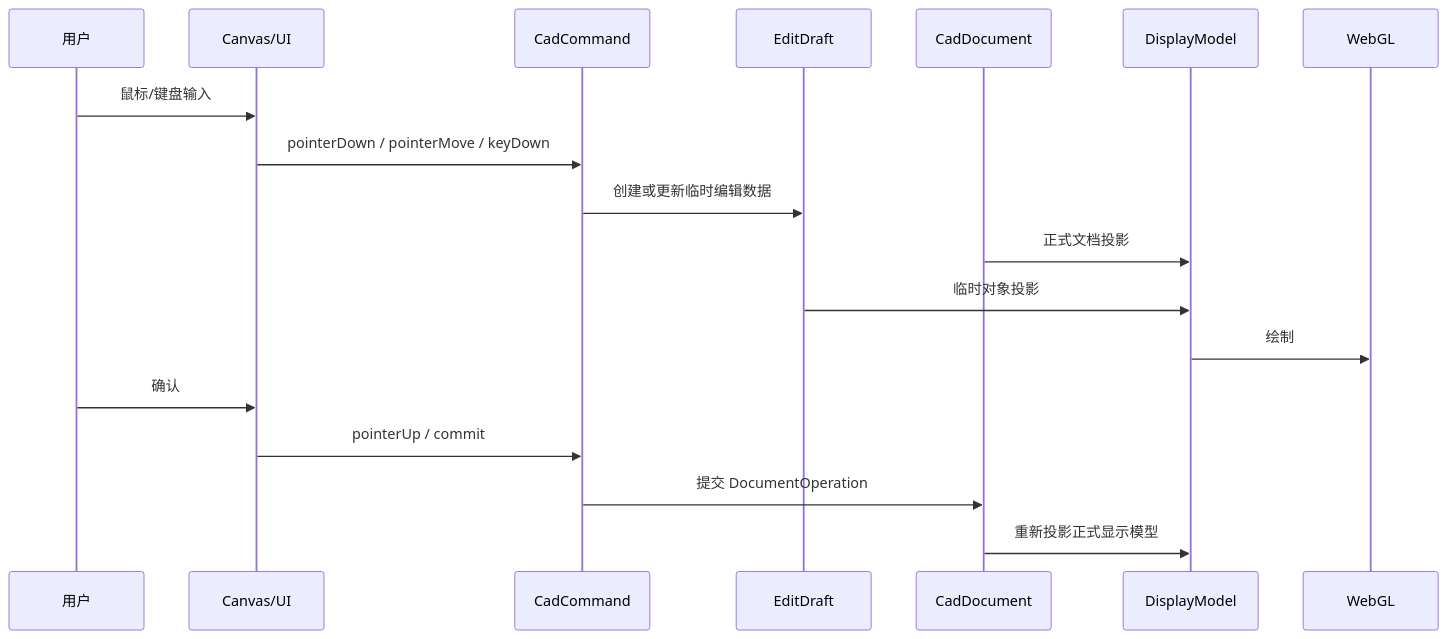
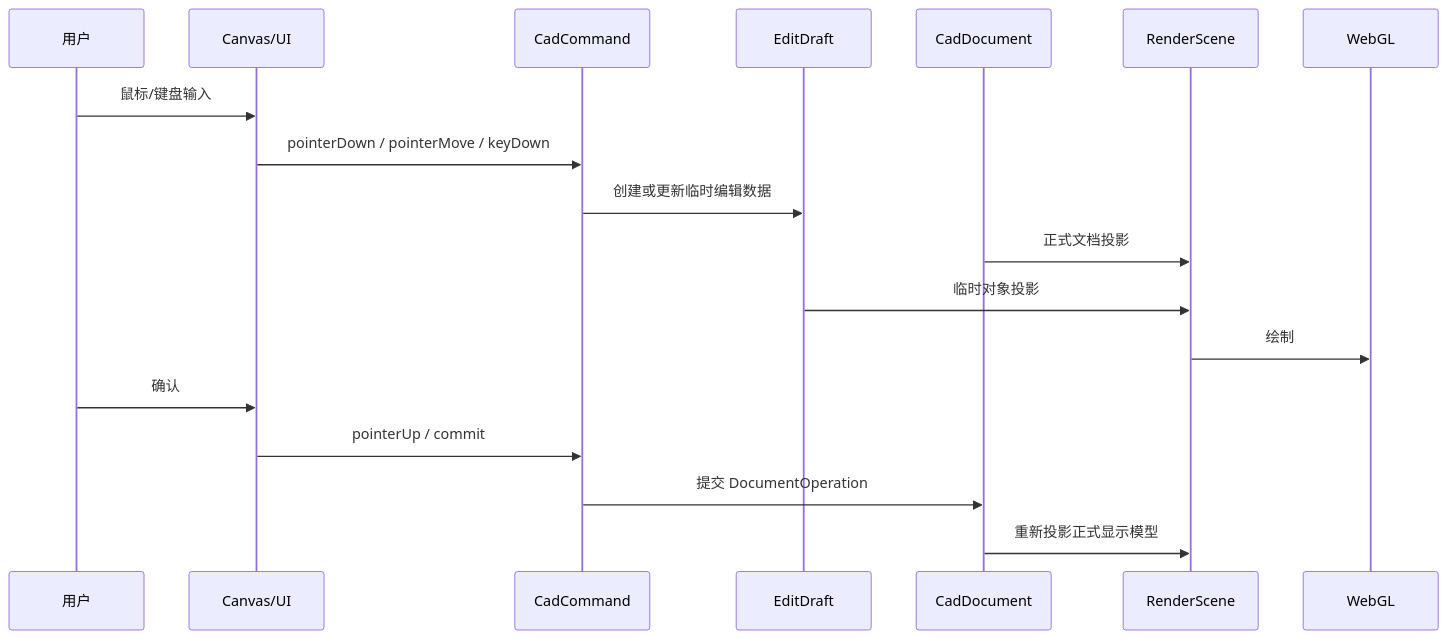
Before and after one commit to genewanggang-sudo/occt-draw-web: the third of 3 diagrams in docs/架构设计.md, drawn with Mermaid. The commit also changed other lines of this file and 60 other files, not shown here.

````diff
--- a/docs/架构设计.md
+++ b/docs/架构设计.md
@@ -123,22 +123,22 @@
 ```mermaid
 sequenceDiagram
     participant User as 用户
     participant Canvas as Canvas/UI
     participant Command as CadCommand
     participant Draft as EditDraft
     participant Core as CadDocument
-    participant Display as DisplayModel
+    participant Display as RenderScene
     participant WebGL as WebGL
 
     User->>Canvas: 鼠标/键盘输入
     Canvas->>Command: pointerDown / pointerMove / keyDown
     Command->>Draft: 创建或更新临时编辑数据
     Core->>Display: 正式文档投影
     Draft->>Display: 临时对象投影
     Display->>WebGL: 绘制
 
     User->>Canvas: 确认
     Canvas->>Command: pointerUp / commit
     Command->>Core: 提交 DocumentOperation
     Core->>Display: 重新投影正式显示模型
 ```
````
